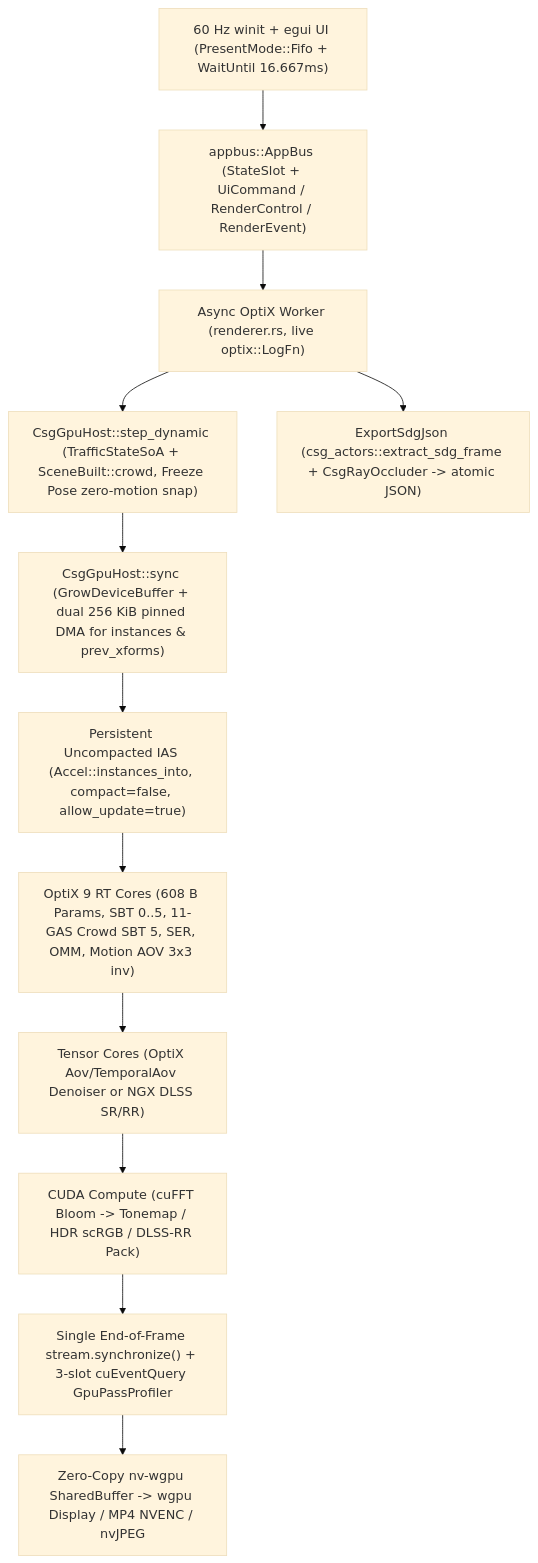
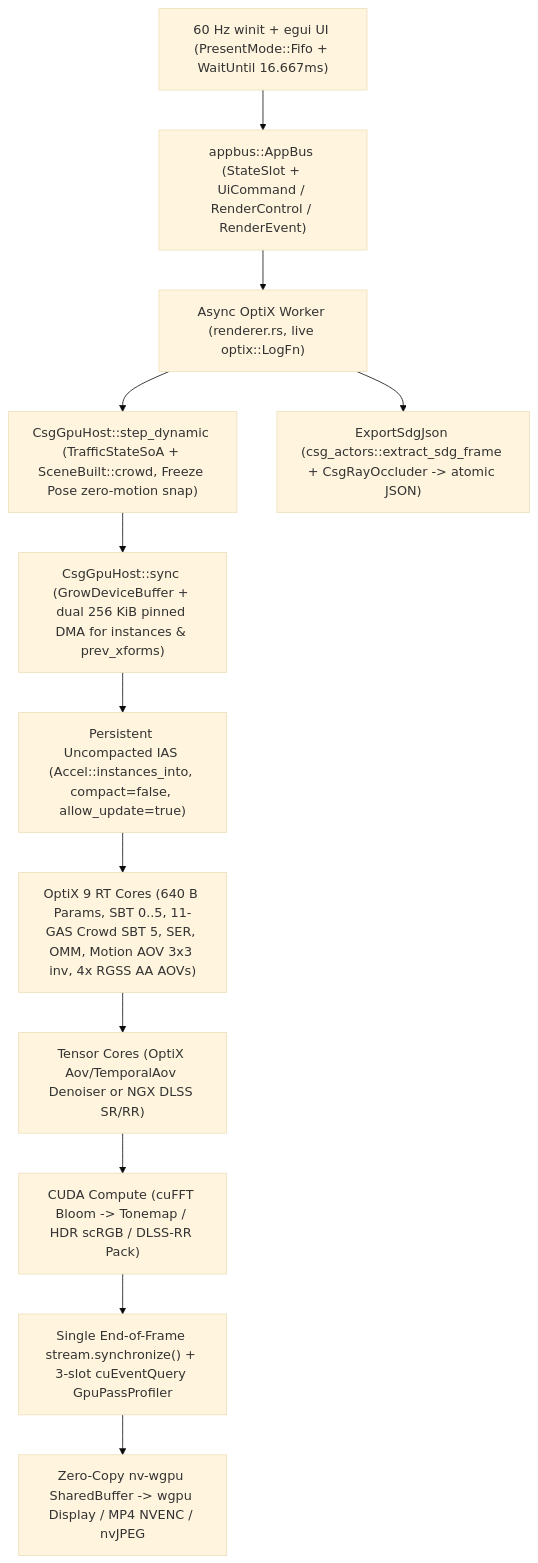
One commit to ssoj13/nv-rs changed the fourth of 5 diagrams in DIAGRAMS.md. Above: the diagram before and after it, drawn with Mermaid (base theme). The commit also changed other lines of this file and 15 other files, not shown here.

Commit message:
feat(nv-demo): execute plan1 Waves 1-3 (P0 fixes, Multi-AABB GAS, zero-spill PTX, shadow SBT, half-res bloom, async GPU crowd & caching)

````diff
--- a/DIAGRAMS.md
+++ b/DIAGRAMS.md
@@ -75,14 +75,14 @@
 ```mermaid
 flowchart TD
   UI["60 Hz winit + egui UI (PresentMode::Fifo + WaitUntil 16.667ms)"] --> Bus["appbus::AppBus (StateSlot + UiCommand / RenderControl / RenderEvent)"]
   Bus --> Worker["Async OptiX Worker (renderer.rs, live optix::LogFn)"]
   Worker --> Step["CsgGpuHost::step_dynamic (TrafficStateSoA + SceneBuilt::crowd, Freeze Pose zero-motion snap)"]
   Step --> Sync["CsgGpuHost::sync (GrowDeviceBuffer + dual 256 KiB pinned DMA for instances & prev_xforms)"]
   Sync --> IAS["Persistent Uncompacted IAS (Accel::instances_into, compact=false, allow_update=true)"]
-  IAS --> RT["OptiX 9 RT Cores (608 B Params, SBT 0..5, 11-GAS Crowd SBT 5, SER, OMM, Motion AOV 3x3 inv)"]
+  IAS --> RT["OptiX 9 RT Cores (640 B Params, SBT 0..5, 11-GAS Crowd SBT 5, SER, OMM, Motion AOV 3x3 inv, 4x RGSS AA AOVs)"]
   RT --> Tensor["Tensor Cores (OptiX Aov/TemporalAov Denoiser or NGX DLSS SR/RR)"]
   Tensor --> Post["CUDA Compute (cuFFT Bloom -> Tonemap / HDR scRGB / DLSS-RR Pack)"]
   Post --> Fence["Single End-of-Frame stream.synchronize() + 3-slot cuEventQuery GpuPassProfiler"]
   Fence --> Present["Zero-Copy nv-wgpu SharedBuffer -> wgpu Display / MP4 NVENC / nvJPEG"]
   Worker --> SDG["ExportSdgJson (csg_actors::extract_sdg_frame + CsgRayOccluder -> atomic JSON)"]
 ```
````
